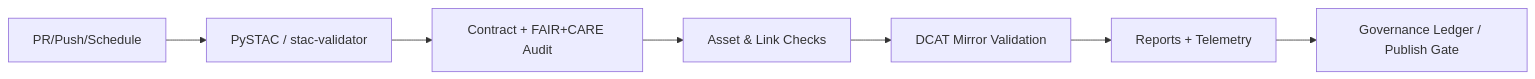
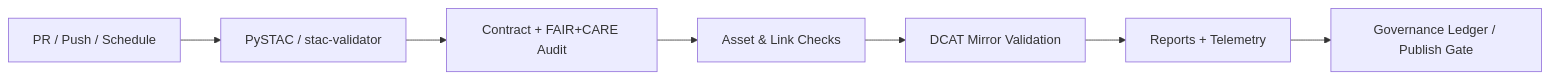
The diagram in docs/workflows/stac-validate.yml.md (bartytime4life/Kansas-Frontier-Matrix), drawn with Mermaid before and after one commit. The commit also changed other lines of this file, not shown here.

````diff
--- a/docs/workflows/stac-validate.yml.md
+++ b/docs/workflows/stac-validate.yml.md
@@ -235,9 +307,9 @@
-```mermaid
+~~~mermaid
 flowchart LR
-  A["PR/Push/Schedule"] --> B["PySTAC / stac-validator"]
+  A["PR / Push / Schedule"] --> B["PySTAC / stac-validator"]
   B --> C["Contract + FAIR+CARE Audit"]
   C --> D["Asset & Link Checks"]
   D --> E["DCAT Mirror Validation"]
   E --> F["Reports + Telemetry"]
   F --> G["Governance Ledger / Publish Gate"]
-```
+~~~
````
